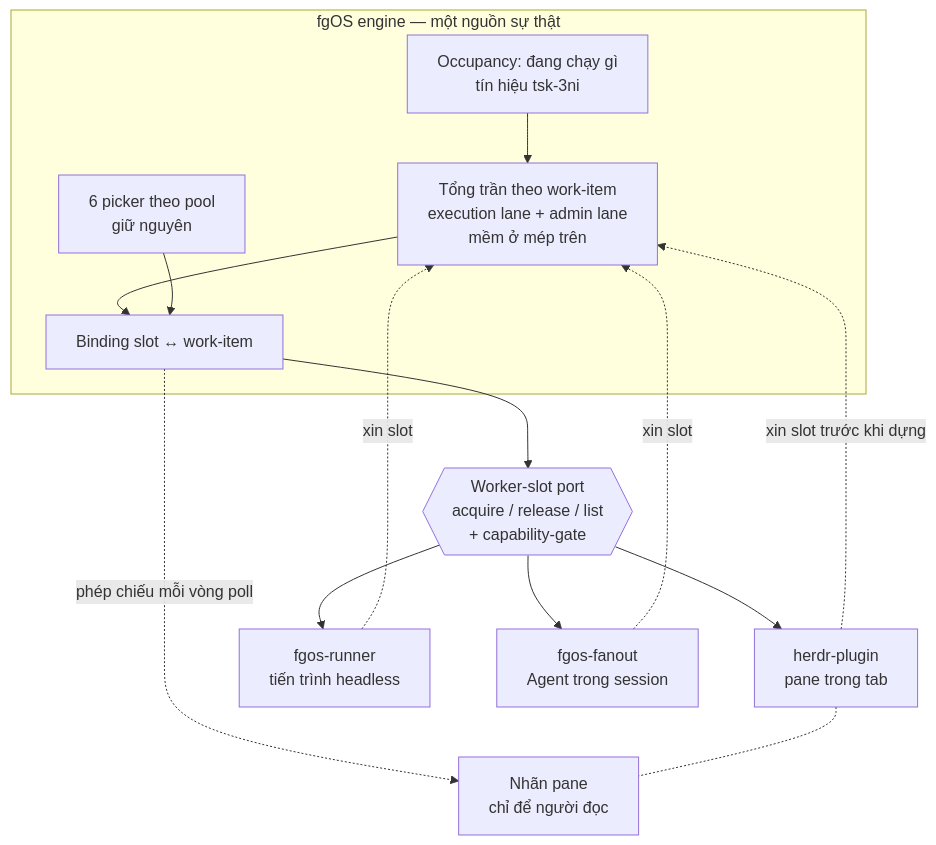
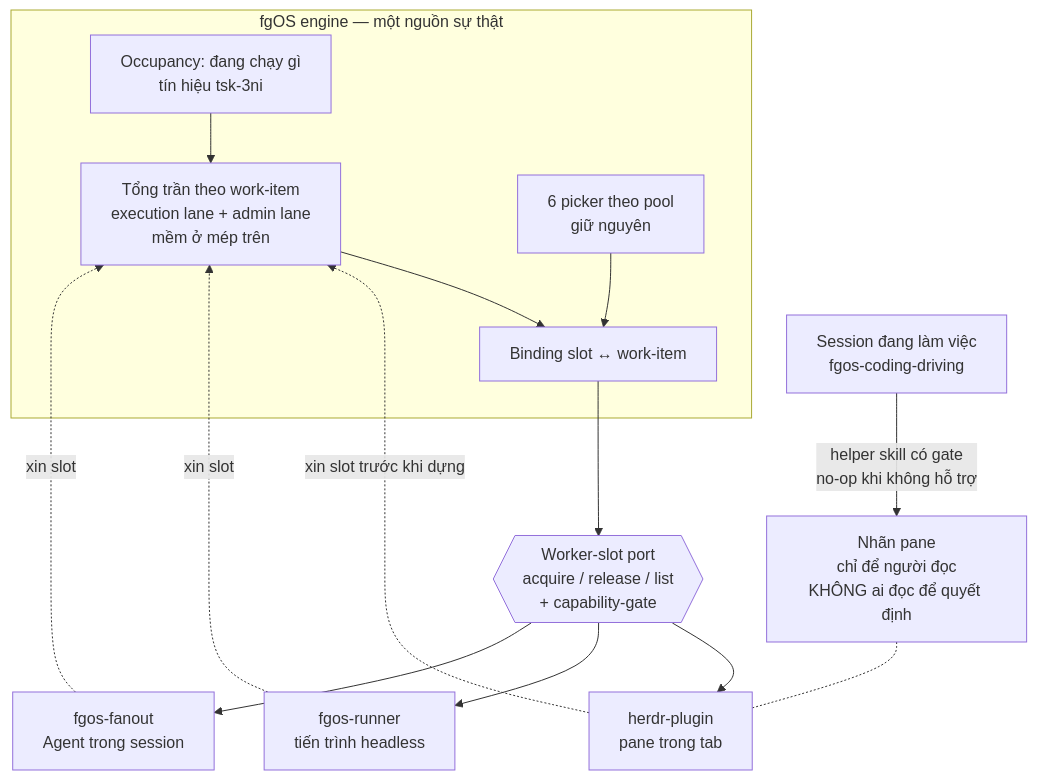
The diagram in docs/history/orchestrator-worker-slots/DISCUSSION.md (vantt/forgent), drawn with Mermaid before and after one commit. The commit also changed other lines of this file, not shown here.

First line of the commit message:
docs(tsk-2sj): keep the labeling helper as the hexagon seam, draft task breakdown

````diff
--- a/docs/history/orchestrator-worker-slots/DISCUSSION.md
+++ b/docs/history/orchestrator-worker-slots/DISCUSSION.md
@@ -260,25 +308,26 @@
 ```mermaid
 flowchart TB
     subgraph ENGINE["fgOS engine — một nguồn sự thật"]
         OCC["Occupancy: đang chạy gì<br/>tín hiệu tsk-3ni"]
         CEIL["Tổng trần theo work-item<br/>execution lane + admin lane<br/>mềm ở mép trên"]
         P1["6 picker theo pool<br/>giữ nguyên"]
         BIND["Binding slot ↔ work-item"]
         OCC --> CEIL
         CEIL --> BIND
         P1 --> BIND
     end
 
     BIND --> PORT{{"Worker-slot port<br/>acquire / release / list<br/>+ capability-gate"}}
 
     PORT --> H["herdr-plugin<br/>pane trong tab"]
     PORT --> R["fgos-runner<br/>tiến trình headless"]
     PORT --> F["fgos-fanout<br/>Agent trong session"]
 
     H -.->|"xin slot trước khi dựng"| CEIL
     R -.->|"xin slot"| CEIL
     F -.->|"xin slot"| CEIL
 
-    BIND -.->|"phép chiếu mỗi vòng poll"| LBL["Nhãn pane<br/>chỉ để người đọc"]
-    H -.- LBL
+    SESS["Session đang làm việc<br/>fgos-coding-driving"]
+    SESS -->|"helper skill có gate<br/>no-op khi không hỗ trợ"| LBL["Nhãn pane<br/>chỉ để người đọc<br/>KHÔNG ai đọc để quyết định"]
+    LBL -.- H
 ```
````
